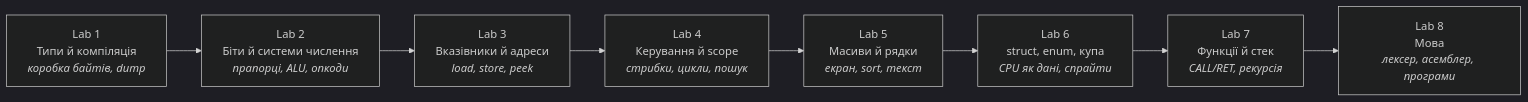
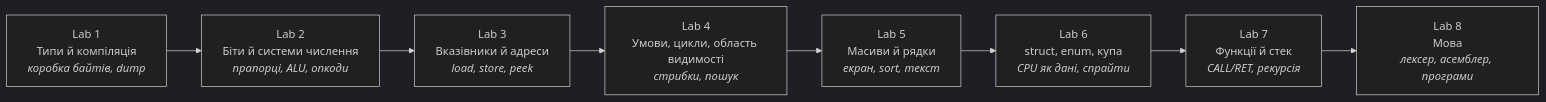
Before and after one commit to ReallyPablo/Programming-Practice-Projects: the diagram in courses/programming-fundamentals/README.uk.md, drawn with Mermaid (dark theme). The commit also changed other lines of this file and 8 other files, not shown here.

````diff
--- a/courses/programming-fundamentals/README.uk.md
+++ b/courses/programming-fundamentals/README.uk.md
@@ -55,10 +55,10 @@
 ```mermaid
 flowchart LR
     L1[Lab 1<br/>Типи й компіляція<br/><i>коробка байтів, dump</i>] --> L2[Lab 2<br/>Біти й системи числення<br/><i>прапорці, ALU, опкоди</i>]
     L2 --> L3[Lab 3<br/>Вказівники й адреси<br/><i>load, store, peek</i>]
-    L3 --> L4[Lab 4<br/>Керування й scope<br/><i>стрибки, цикли, пошук</i>]
+    L3 --> L4[Lab 4<br/>Умови, цикли, область видимості<br/><i>стрибки, пошук</i>]
     L4 --> L5[Lab 5<br/>Масиви й рядки<br/><i>екран, sort, текст</i>]
     L5 --> L6[Lab 6<br/>struct, enum, купа<br/><i>CPU як дані, спрайти</i>]
     L6 --> L7[Lab 7<br/>Функції й стек<br/><i>CALL/RET, рекурсія</i>]
     L7 --> L8[Lab 8<br/>Мова<br/><i>лексер, асемблер, програми</i>]
 ```
````
